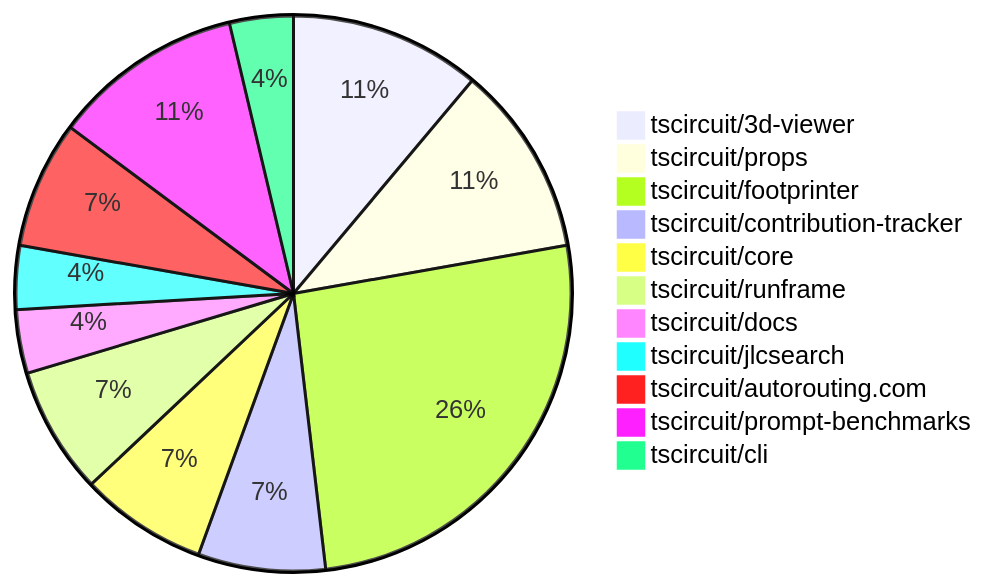
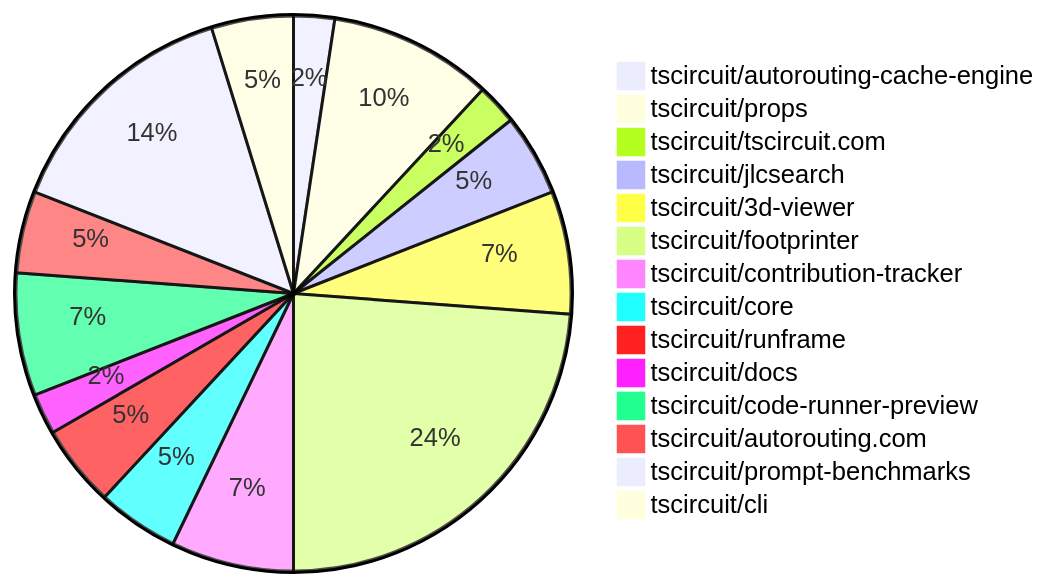
Before and after one commit to tscircuit/contribution-tracker: the diagram in README.md, drawn with Mermaid. The commit also changed other lines of this file and 2 other files, not shown here.

Commit message:
Update contribution overviews

````diff
--- a/README.md
+++ b/README.md
@@ -24,14 +24,17 @@
 ```mermaid
 pie
+    "tscircuit/autorouting-cache-engine" : 1
+    "tscircuit/props" : 4
+    "tscircuit/tscircuit.com" : 1
+    "tscircuit/jlcsearch" : 2
     "tscircuit/3d-viewer" : 3
-    "tscircuit/props" : 3
-    "tscircuit/footprinter" : 7
-    "tscircuit/contribution-tracker" : 2
+    "tscircuit/footprinter" : 10
+    "tscircuit/contribution-tracker" : 3
     "tscircuit/core" : 2
     "tscircuit/runframe" : 2
     "tscircuit/docs" : 1
-    "tscircuit/jlcsearch" : 1
+    "tscircuit/code-runner-preview" : 3
     "tscircuit/autorouting.com" : 2
-    "tscircuit/prompt-benchmarks" : 3
-    "tscircuit/cli" : 1
+    "tscircuit/prompt-benchmarks" : 6
+    "tscircuit/cli" : 2
 ```
````
